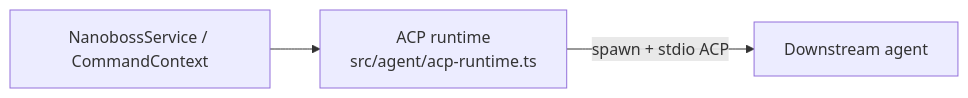
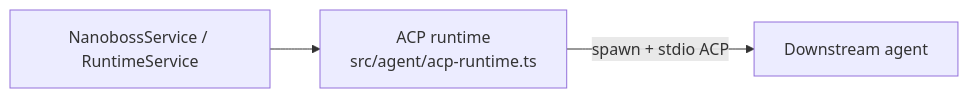
One commit to jflam/nanoboss changed the fourth of 5 diagrams in docs/architecture.md. Above: the diagram before and after it, drawn with Mermaid. The commit also changed other lines of this file, not shown here.

First line of the commit message:
Update architecture.md to reflect ProcedureApi migration

````diff
--- a/docs/architecture.md
+++ b/docs/architecture.md
@@ -163,5 +163,5 @@
 ```mermaid
 flowchart LR
-  Service[NanobossService / CommandContext] --> Runtime[ACP runtime\nsrc/agent/acp-runtime.ts]
+  Service[NanobossService / RuntimeService] --> Runtime[ACP runtime\nsrc/agent/acp-runtime.ts]
   Runtime -->|spawn + stdio ACP| Agent[Downstream agent]
 ```
````
